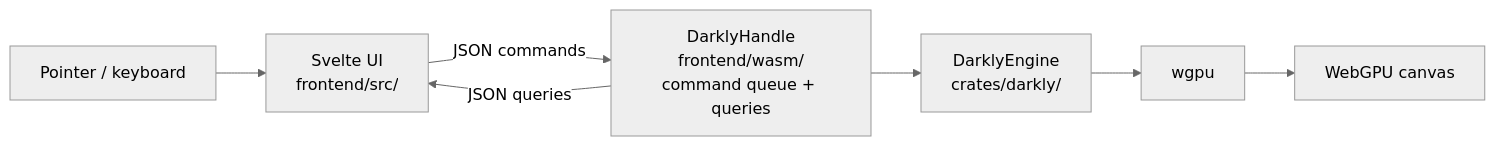
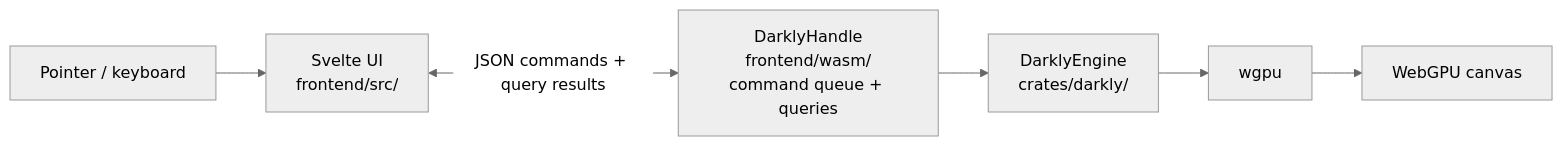
Before and after one commit to darkly-art/darkly: the diagram in AGENTS.md, drawn with Mermaid (neutral theme). The commit also changed other lines of this file, not shown here.

````diff
--- a/AGENTS.md
+++ b/AGENTS.md
@@ -13,16 +19,15 @@
 ```mermaid
 flowchart LR
     User[Pointer / keyboard]
     Svelte[Svelte UI<br/>frontend/src/]
     Bridge[DarklyHandle<br/>frontend/wasm/<br/>command queue + queries]
     Engine[DarklyEngine<br/>crates/darkly/]
     WGPU[wgpu]
     Canvas[WebGPU canvas]
 
     User --> Svelte
-    Svelte -- JSON commands --> Bridge
-    Bridge -- JSON queries --> Svelte
+    Svelte <-->|JSON commands + query results| Bridge
     Bridge --> Engine
     Engine --> WGPU
     WGPU --> Canvas
 ```
````
